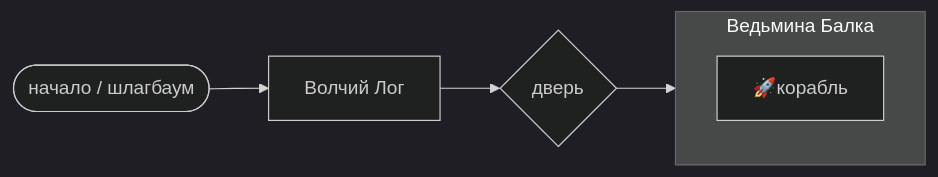
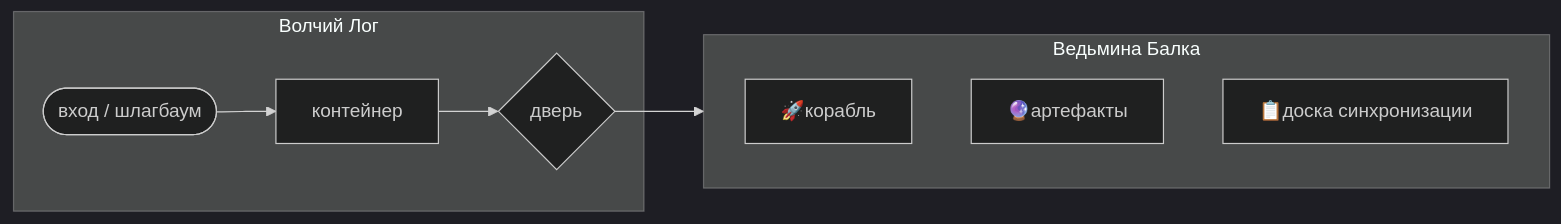
The first of 2 diagrams in Пришельцы.md (Yuhmik/formula_kontakta), drawn with Mermaid (dark theme) before and after one commit. The commit also changed other lines of this file and 2 other files, not shown here.

Commit message:
полировка Пришельцев; контейнер для плащей и очков; доска синхронизации

````diff
--- a/Пришельцы.md
+++ b/Пришельцы.md
@@ -412,9 +431,13 @@
 ```mermaid
 flowchart LR
-    A([начало / шлагбаум]) --> B[Волчий Лог]
-    B --> C{дверь}
-    C --> D
-    subgraph D[Ведьмина Балка]
-        E[🚀корабль]
+    subgraph A[Волчий Лог]
+        A1([вход / шлагбаум]) --> A2[контейнер]
+        A2 --> A3{дверь}
     end
+    subgraph B[Ведьмина Балка]
+        B1[🚀корабль]
+        B2[🔮артефакты]
+        B3[📋доска синхронизации]
+    end
+    A3 --> B
 ```
````
